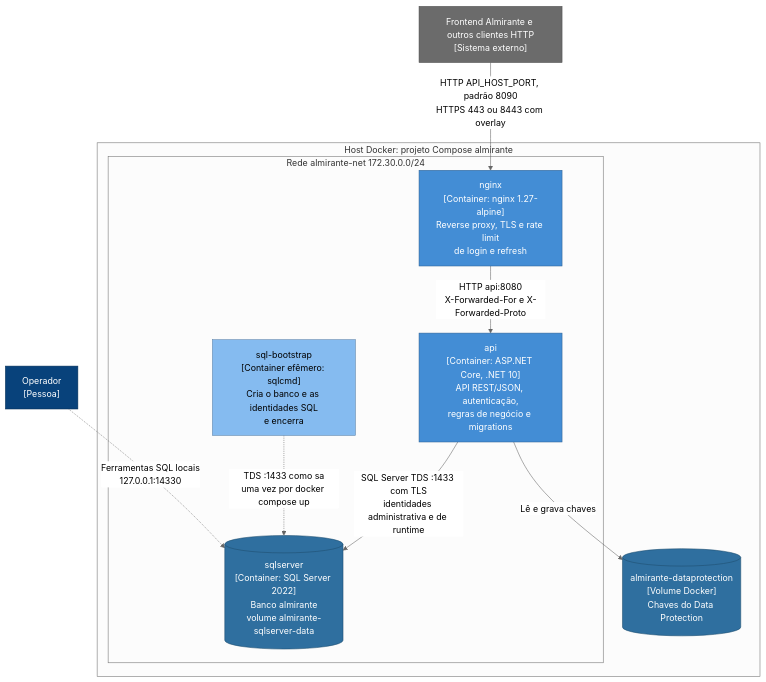
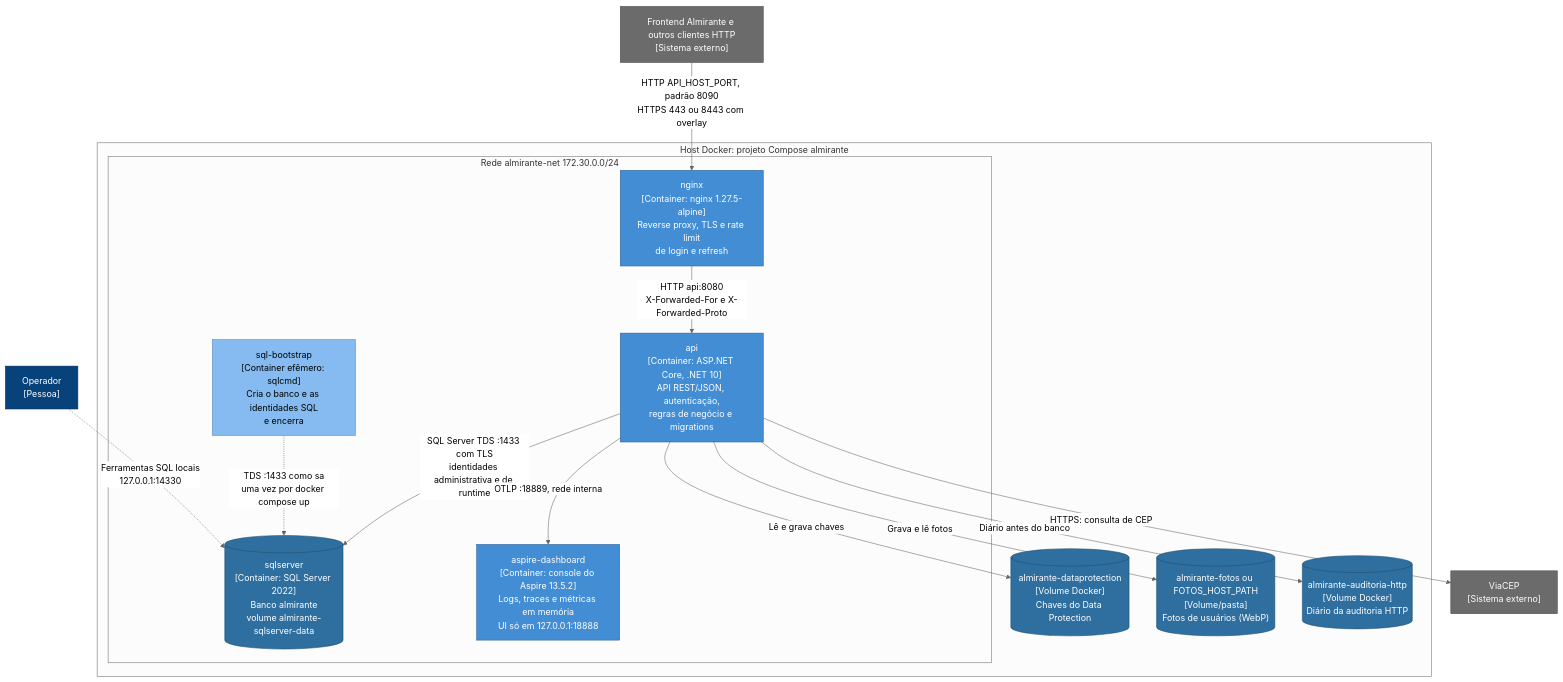
Before and after one commit to LucasDevolps/Desbravadores.Backend: the first of 3 diagrams in docs/architecture/c4-container.md, drawn with Mermaid (neutral theme). The commit also changed other lines of this file and 4 other files, not shown here.

````diff
--- a/docs/architecture/c4-container.md
+++ b/docs/architecture/c4-container.md
@@ -36,36 +36,45 @@
 ```mermaid
 flowchart TB
     accTitle: Containers do Almirante Backend no Docker Compose
-    accDescr: O cliente acessa somente o nginx. O nginx repassa para a API na rede interna. A API usa o SQL Server e um volume de chaves. O sql-bootstrap prepara o banco uma vez por execução.
+    accDescr: O cliente acessa somente o nginx. O nginx repassa para a API na rede interna. A API usa o SQL Server, volumes de chaves, fotos e diário de auditoria, consulta o ViaCEP e envia telemetria ao console do Aspire. O sql-bootstrap prepara o banco uma vez por execução.
 
     cliente["Frontend Almirante e outros clientes HTTP<br/>[Sistema externo]"]
     operador["Operador<br/>[Pessoa]"]
 
     subgraph host["Host Docker: projeto Compose almirante"]
         subgraph rede["Rede almirante-net 172.30.0.0/24"]
-            nginx["nginx<br/>[Container: nginx 1.27-alpine]<br/>Reverse proxy, TLS e rate limit<br/>de login e refresh"]
+            nginx["nginx<br/>[Container: nginx 1.27.5-alpine]<br/>Reverse proxy, TLS e rate limit<br/>de login e refresh"]
             api["api<br/>[Container: ASP.NET Core, .NET 10]<br/>API REST/JSON, autenticação,<br/>regras de negócio e migrations"]
             bootstrap["sql-bootstrap<br/>[Container efêmero: sqlcmd]<br/>Cria o banco e as identidades SQL<br/>e encerra"]
             sql[("sqlserver<br/>[Container: SQL Server 2022]<br/>Banco almirante<br/>volume almirante-sqlserver-data")]
+            aspire["aspire-dashboard<br/>[Container: console do Aspire 13.5.2]<br/>Logs, traces e métricas em memória<br/>UI só em 127.0.0.1:18888"]
         end
         dp[("almirante-dataprotection<br/>[Volume Docker]<br/>Chaves do Data Protection")]
+        fotos[("almirante-fotos ou FOTOS_HOST_PATH<br/>[Volume/pasta]<br/>Fotos de usuários (WebP)")]
+        diario[("almirante-auditoria-http<br/>[Volume Docker]<br/>Diário da auditoria HTTP")]
     end
+    viacep["ViaCEP<br/>[Sistema externo]"]
 
     cliente -->|"HTTP API_HOST_PORT, padrão 8090<br/>HTTPS 443 ou 8443 com overlay"| nginx
     nginx -->|"HTTP api:8080<br/>X-Forwarded-For e X-Forwarded-Proto"| api
     api -->|"SQL Server TDS :1433 com TLS<br/>identidades administrativa e de runtime"| sql
     api -->|"Lê e grava chaves"| dp
+    api -->|"Grava e lê fotos"| fotos
+    api -->|"Diário antes do banco"| diario
+    api -->|"OTLP :18889, rede interna"| aspire
+    api -->|"HTTPS: consulta de CEP"| viacep
     bootstrap -.->|"TDS :1433 como sa<br/>uma vez por docker compose up"| sql
     operador -.->|"Ferramentas SQL locais<br/>127.0.0.1:14330"| sql
 
     classDef pessoa fill:#08427b,stroke:#052e56,color:#ffffff
     classDef container fill:#438dd5,stroke:#2e6295,color:#ffffff
     classDef efemero fill:#85bbf0,stroke:#5d82a8,color:#000000
     classDef dados fill:#2f6f9f,stroke:#1f4d6f,color:#ffffff
     classDef externo fill:#6b6b6b,stroke:#4d4d4d,color:#ffffff
     class operador pessoa
     class nginx,api container
     class bootstrap efemero
-    class sql,dp dados
-    class cliente externo
+    class sql,dp,fotos,diario dados
+    class aspire container
+    class cliente,viacep externo
 ```
````
